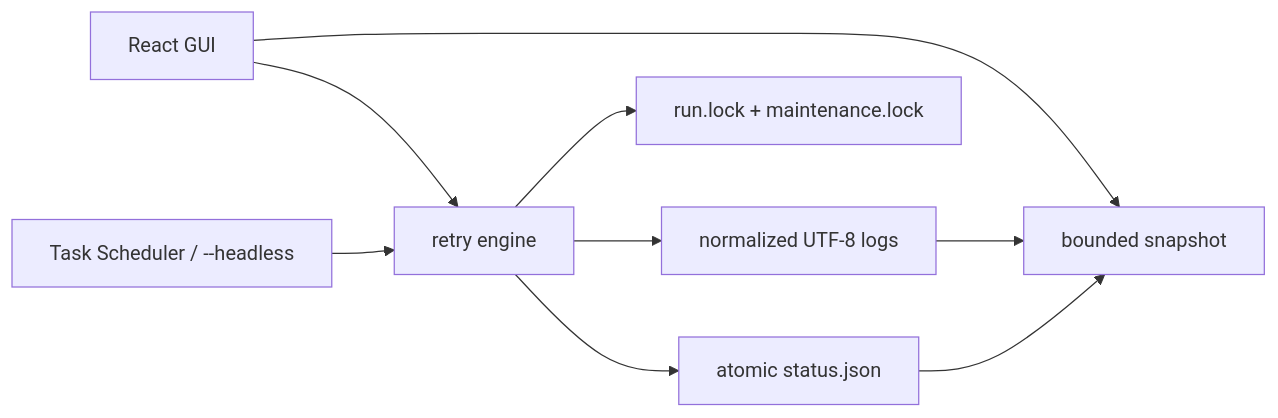
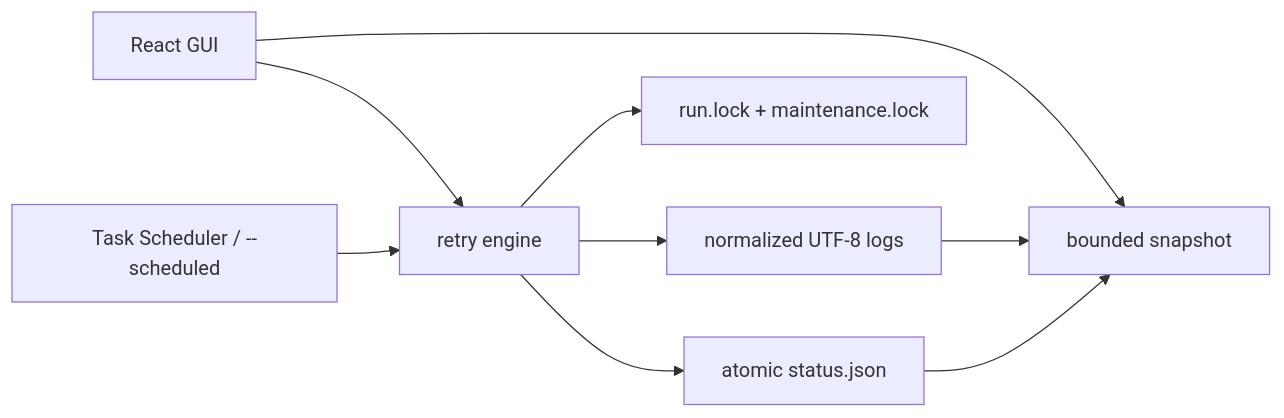
Before and after one commit to ttcc666/Codex-Launcher: the diagram in README.md, drawn with Mermaid. The commit also changed other lines of this file and 26 other files, not shown here.

````diff
--- a/README.md
+++ b/README.md
@@ -5,11 +5,11 @@
 ```mermaid
 flowchart LR
     UI["React GUI"] --> SNAP["bounded snapshot"]
-    TASK["Task Scheduler / --headless"] --> ENGINE["retry engine"]
+    TASK["Task Scheduler / --scheduled"] --> ENGINE["retry engine"]
     UI --> ENGINE
     ENGINE --> LOCK["run.lock + maintenance.lock"]
     ENGINE --> LOG["normalized UTF-8 logs"]
     ENGINE --> STATUS["atomic status.json"]
     LOG --> SNAP
     STATUS --> SNAP
 ```
````
